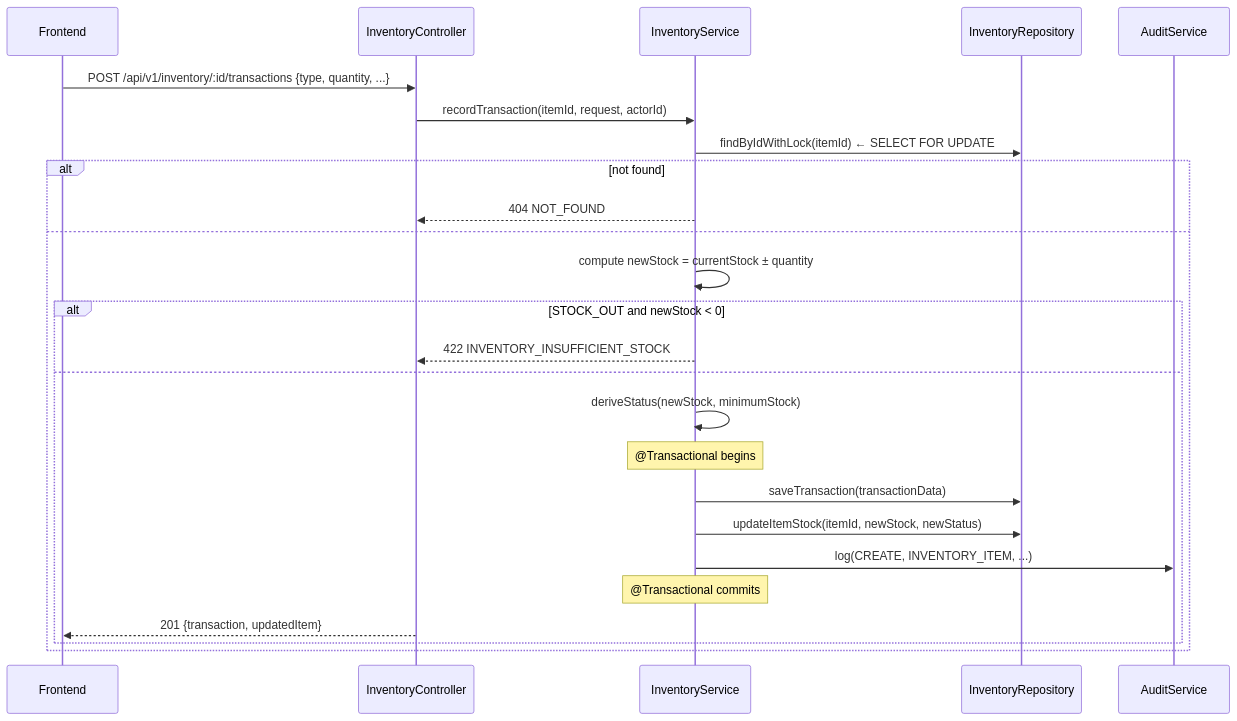
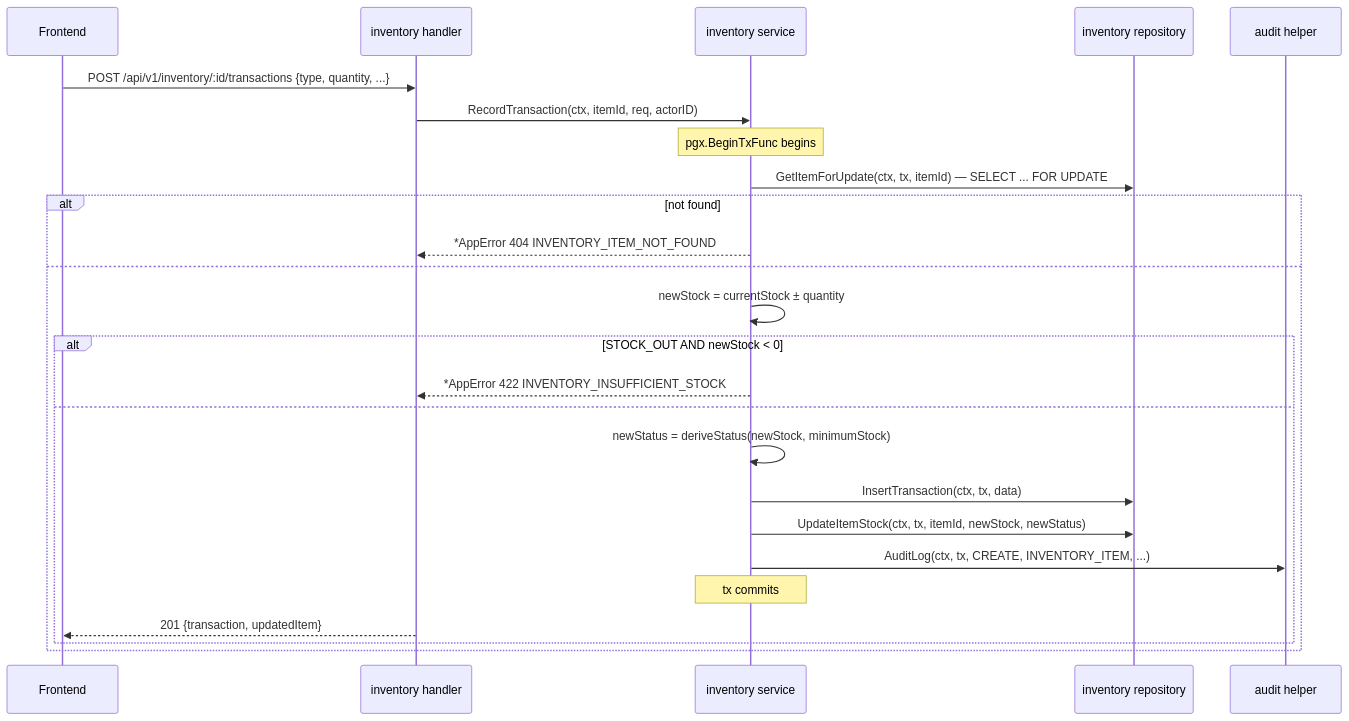
One commit to sidpd51/gym-app changed the fifth of 5 diagrams in backend/docs/06-backend-lld.md. Above: the diagram before and after it, drawn with Mermaid. The commit also changed other lines of this file and 5 other files, not shown here.

Commit message:
Migrate backend architecture documentation from Java/Spring Boot to Go

````diff
--- a/backend/docs/06-backend-lld.md
+++ b/backend/docs/06-backend-lld.md
@@ -836,28 +848,28 @@
 ```mermaid
 sequenceDiagram
     participant FE as Frontend
-    participant C as InventoryController
-    participant S as InventoryService
-    participant IR as InventoryRepository
-    participant A as AuditService
+    participant H as inventory handler
+    participant S as inventory service
+    participant IR as inventory repository
+    participant A as audit helper
 
-    FE->>C: POST /api/v1/inventory/:id/transactions {type, quantity, ...}
-    C->>S: recordTransaction(itemId, request, actorId)
-    S->>IR: findByIdWithLock(itemId)    ← SELECT FOR UPDATE
+    FE->>H: POST /api/v1/inventory/:id/transactions {type, quantity, ...}
+    H->>S: RecordTransaction(ctx, itemId, req, actorID)
+    note over S: pgx.BeginTxFunc begins
+    S->>IR: GetItemForUpdate(ctx, tx, itemId)  — SELECT ... FOR UPDATE
     alt not found
-        S-->>C: 404 NOT_FOUND
+        S-->>H: *AppError 404 INVENTORY_ITEM_NOT_FOUND
     else
-        S->>S: compute newStock = currentStock ± quantity
-        alt STOCK_OUT and newStock < 0
-            S-->>C: 422 INVENTORY_INSUFFICIENT_STOCK
+        S->>S: newStock = currentStock ± quantity
+        alt STOCK_OUT AND newStock < 0
+            S-->>H: *AppError 422 INVENTORY_INSUFFICIENT_STOCK
         else
-            S->>S: deriveStatus(newStock, minimumStock)
-            note over S: @Transactional begins
-            S->>IR: saveTransaction(transactionData)
-            S->>IR: updateItemStock(itemId, newStock, newStatus)
-            S->>A: log(CREATE, INVENTORY_ITEM, ...)
-            note over S: @Transactional commits
-            C-->>FE: 201 {transaction, updatedItem}
+            S->>S: newStatus = deriveStatus(newStock, minimumStock)
+            S->>IR: InsertTransaction(ctx, tx, data)
+            S->>IR: UpdateItemStock(ctx, tx, itemId, newStock, newStatus)
+            S->>A: AuditLog(ctx, tx, CREATE, INVENTORY_ITEM, ...)
+            note over S: tx commits
+            H-->>FE: 201 {transaction, updatedItem}
         end
     end
 ```
````
